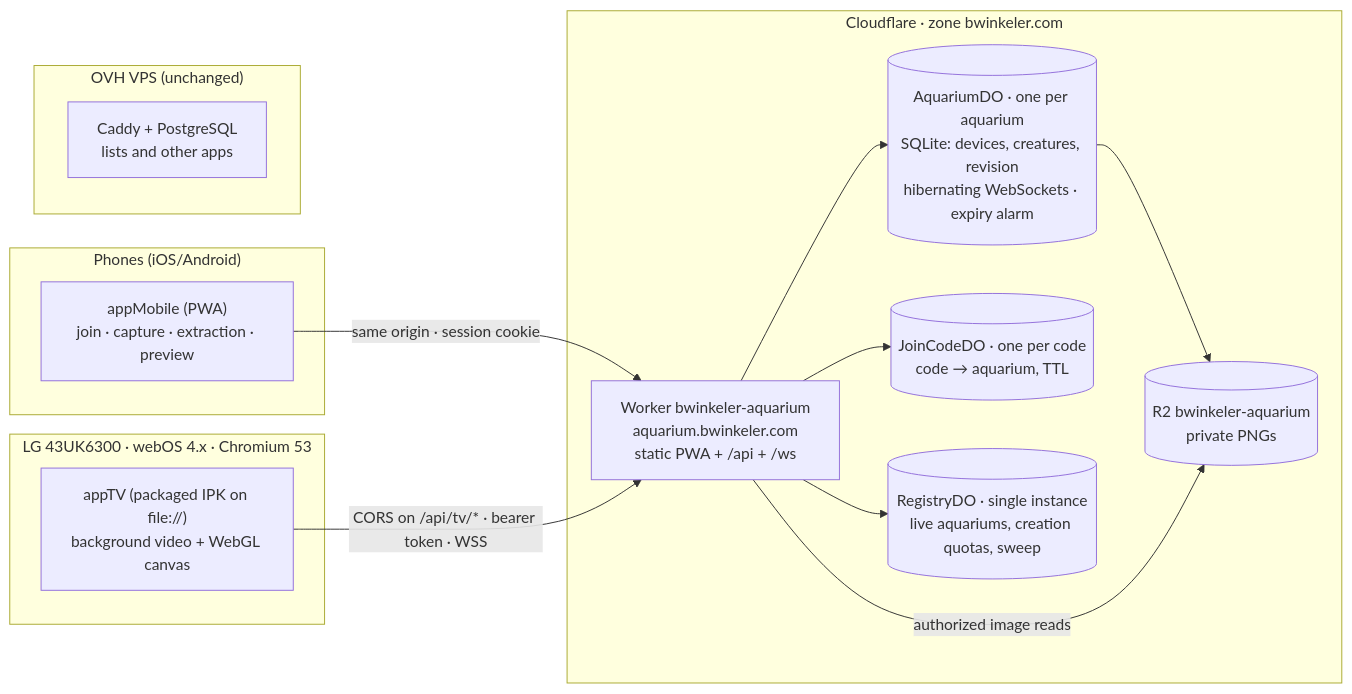
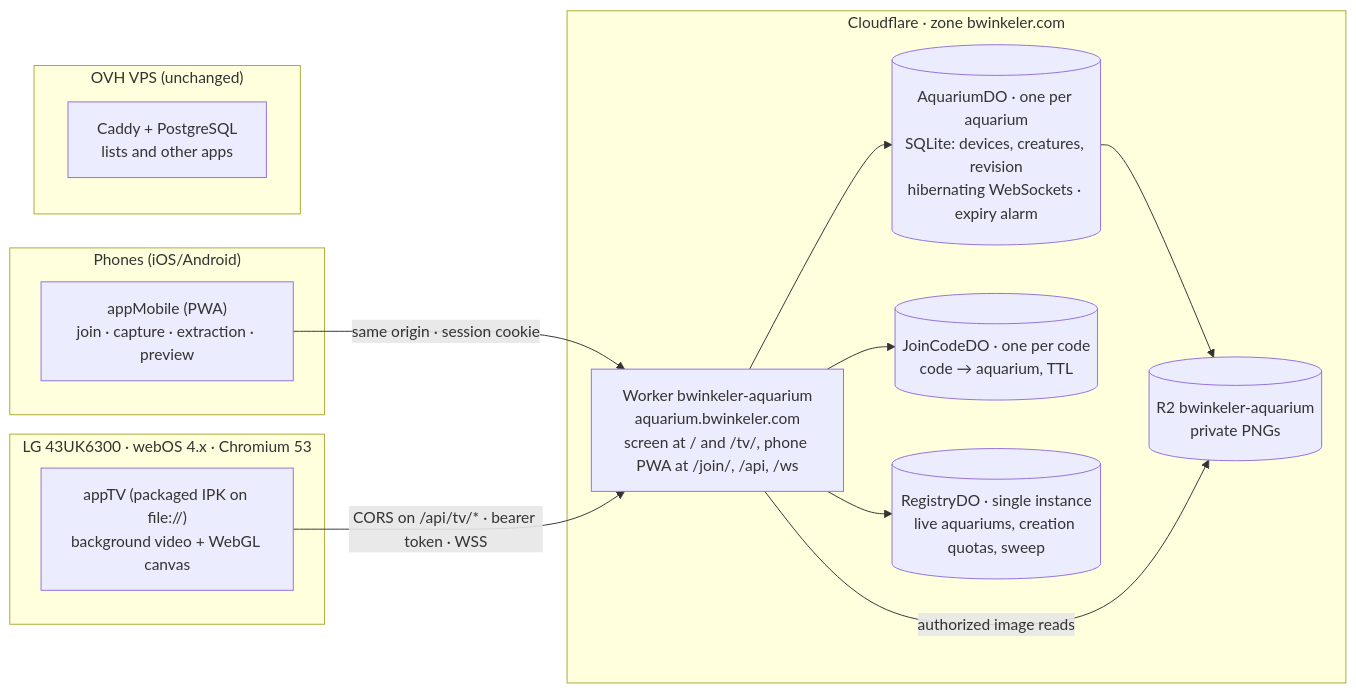
The first of 14 diagrams in docs/DESIGN.md (brunowinkeler/bwinkeler-aquarium), drawn with Mermaid before and after one commit. The commit also changed other lines of this file and 4 other files, not shown here.

Commit message:
docs: new addresses for the screen and the phone app

````diff
--- a/docs/DESIGN.md
+++ b/docs/DESIGN.md
@@ -202,26 +202,26 @@
 ```mermaid
 flowchart LR
   subgraph PHONE["Phones (iOS/Android)"]
     PWA["appMobile (PWA)<br/>join · capture · extraction · preview"]
   end
   subgraph TVBOX["LG 43UK6300 · webOS 4.x · Chromium 53"]
     APP["appTV (packaged IPK on file://)<br/>background video + WebGL canvas"]
   end
   subgraph CF["Cloudflare · zone bwinkeler.com"]
-    W["Worker bwinkeler-aquarium<br/>aquarium.bwinkeler.com<br/>static PWA + /api + /ws"]
+    W["Worker bwinkeler-aquarium<br/>aquarium.bwinkeler.com<br/>screen at / and /tv/, phone PWA at /join/, /api, /ws"]
     ADO[("AquariumDO · one per aquarium<br/>SQLite: devices, creatures, revision<br/>hibernating WebSockets · expiry alarm")]
     JDO[("JoinCodeDO · one per code<br/>code → aquarium, TTL")]
     RDO[("RegistryDO · single instance<br/>live aquariums, creation quotas, sweep")]
     R2[("R2 bwinkeler-aquarium<br/>private PNGs")]
   end
   subgraph VPS["OVH VPS (unchanged)"]
     OTHER["Caddy + PostgreSQL<br/>lists and other apps"]
   end
   PWA -- "same origin · session cookie" --> W
   APP -- "CORS on /api/tv/* · bearer token · WSS" --> W
   W --> ADO
   W --> JDO
   W --> RDO
   ADO --> R2
   W -- "authorized image reads" --> R2
 ```
````
